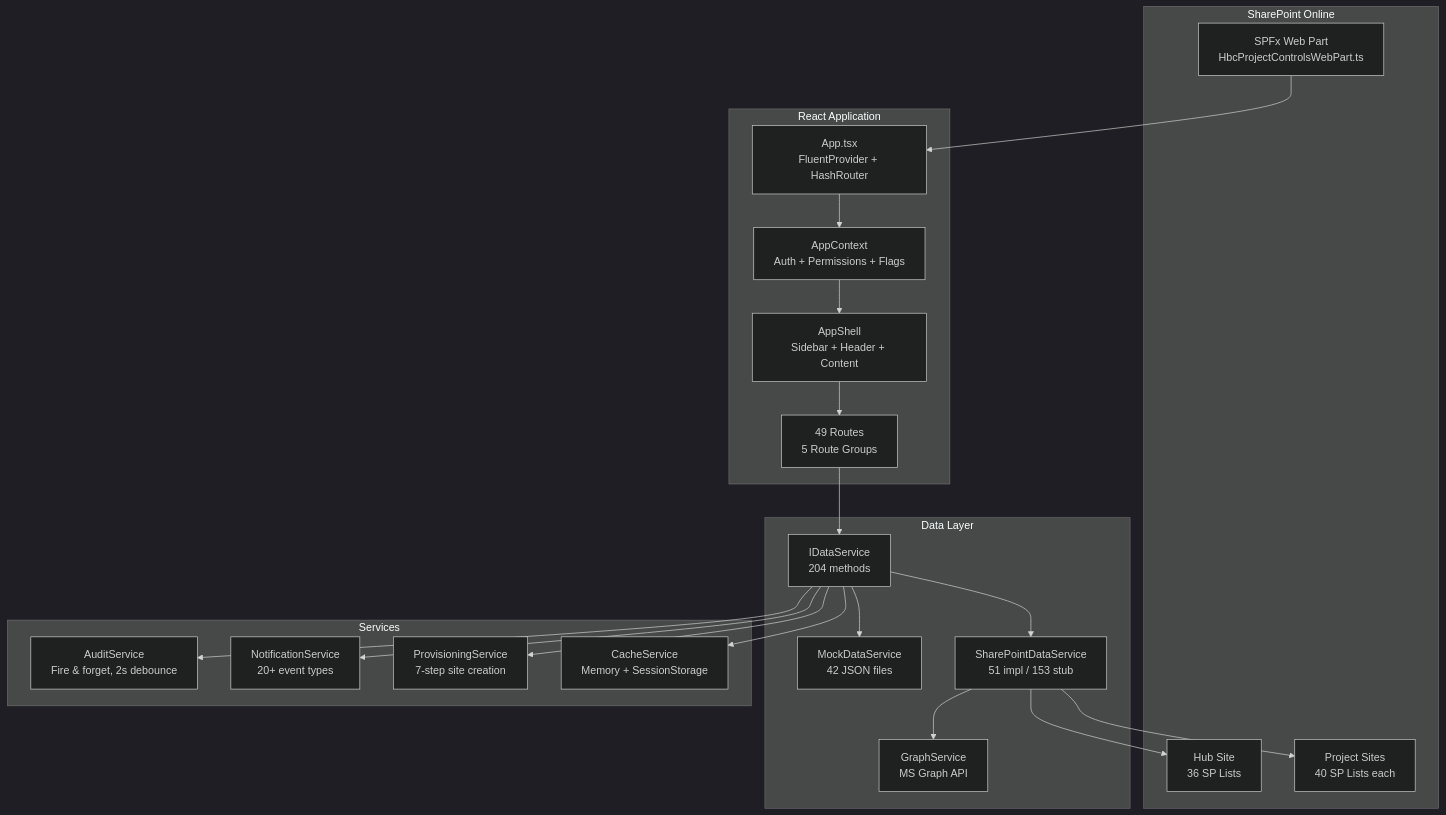
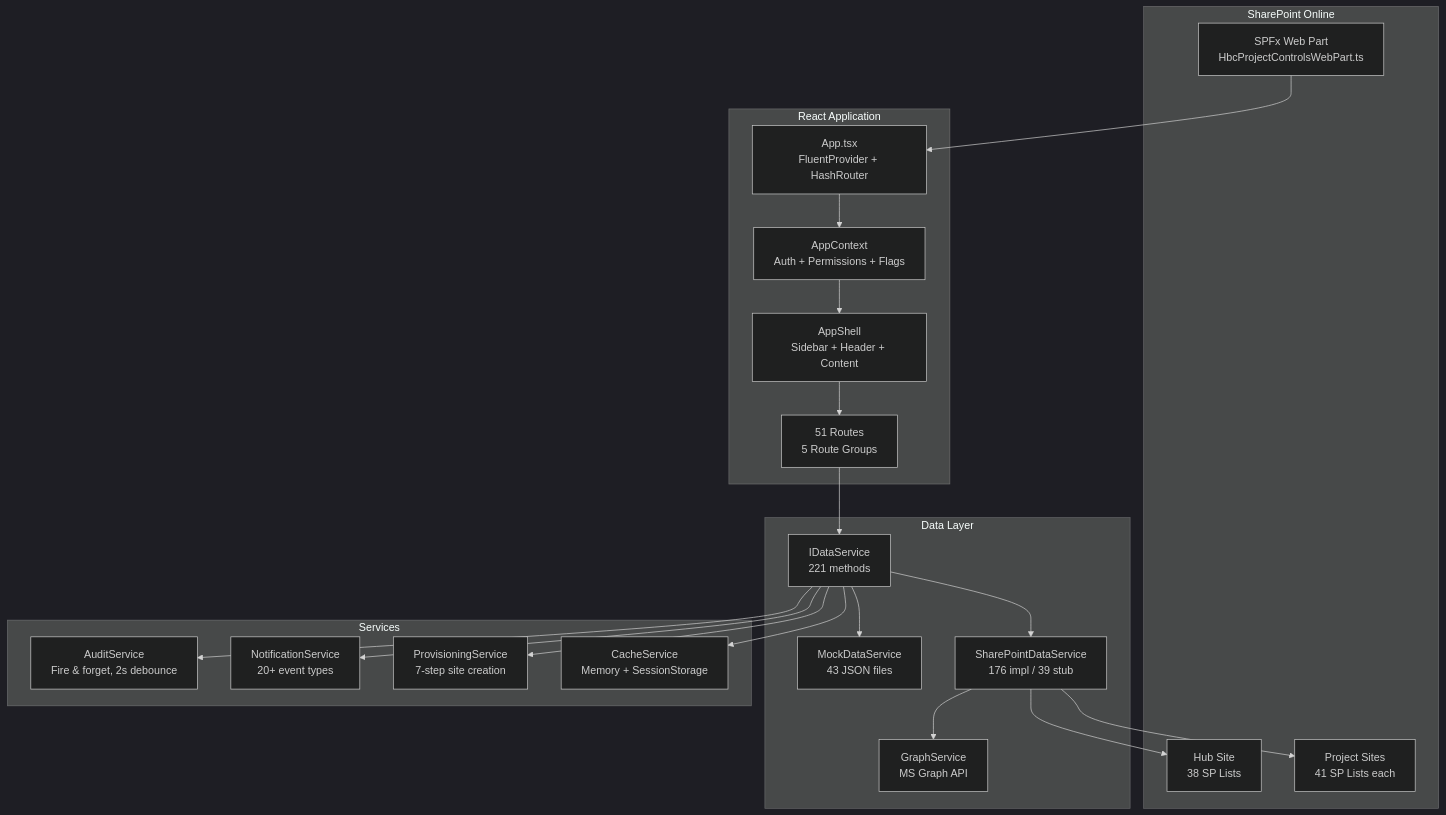
Before and after one commit to RMF112018/Project-Controls: the diagram in README.md, drawn with Mermaid (dark theme). The commit also changed other lines of this file and 4 other files, not shown here.

First line of the commit message:
feat: implement SharePointDataService SP-7 PMP methods + update README

````diff
--- a/README.md
+++ b/README.md
@@ -46,42 +46,42 @@
 ```mermaid
 graph TB
     subgraph "SharePoint Online"
         WP["SPFx Web Part<br/>HbcProjectControlsWebPart.ts"]
-        SP_HUB["Hub Site<br/>36 SP Lists"]
-        SP_PROJ["Project Sites<br/>40 SP Lists each"]
+        SP_HUB["Hub Site<br/>38 SP Lists"]
+        SP_PROJ["Project Sites<br/>41 SP Lists each"]
     end
 
     subgraph "React Application"
         APP["App.tsx<br/>FluentProvider + HashRouter"]
         CTX["AppContext<br/>Auth + Permissions + Flags"]
         SHELL["AppShell<br/>Sidebar + Header + Content"]
-        ROUTES["49 Routes<br/>5 Route Groups"]
+        ROUTES["51 Routes<br/>5 Route Groups"]
     end
 
     subgraph "Data Layer"
-        IDS["IDataService<br/>204 methods"]
-        MOCK["MockDataService<br/>42 JSON files"]
-        SPDS["SharePointDataService<br/>51 impl / 153 stub"]
+        IDS["IDataService<br/>221 methods"]
+        MOCK["MockDataService<br/>43 JSON files"]
+        SPDS["SharePointDataService<br/>176 impl / 39 stub"]
         GRAPH["GraphService<br/>MS Graph API"]
     end
 
     subgraph "Services"
         AUDIT["AuditService<br/>Fire & forget, 2s debounce"]
         NOTIFY["NotificationService<br/>20+ event types"]
         PROV["ProvisioningService<br/>7-step site creation"]
         CACHE["CacheService<br/>Memory + SessionStorage"]
     end
 
     WP --> APP
     APP --> CTX --> SHELL --> ROUTES
     ROUTES --> IDS
     IDS --> MOCK
     IDS --> SPDS
     SPDS --> SP_HUB
     SPDS --> SP_PROJ
     SPDS --> GRAPH
     IDS --> AUDIT
     IDS --> NOTIFY
     IDS --> PROV
     IDS --> CACHE
 ```
````
